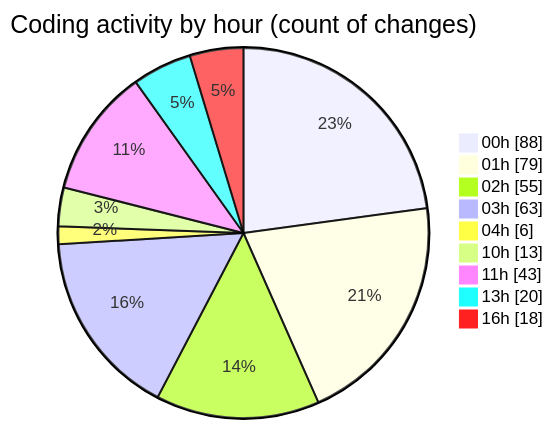
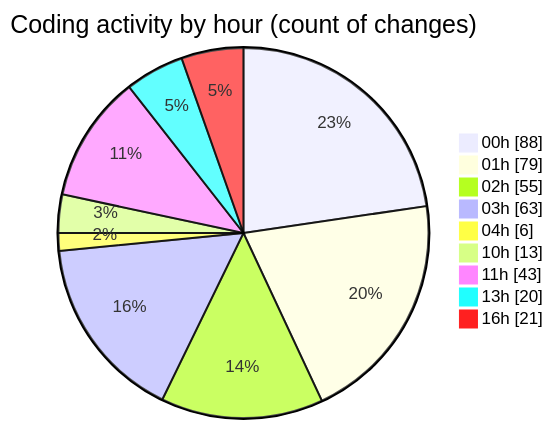
The second of 2 diagrams in 2025-08-16/rentotp/README.md (lephambinh05/code-tracking), drawn with Mermaid before and after one commit. The commit also changed other lines of this file and 1 other file, not shown here.

````diff
--- a/2025-08-16/rentotp/README.md
+++ b/2025-08-16/rentotp/README.md
@@ -94,13 +94,13 @@
 ```mermaid
 pie showData
 title Coding activity by hour (count of changes)
 "00h" : 88
 "01h" : 79
 "02h" : 55
 "03h" : 63
 "04h" : 6
 "10h" : 13
 "11h" : 43
 "13h" : 20
-"16h" : 18
+"16h" : 21
 ```
````
